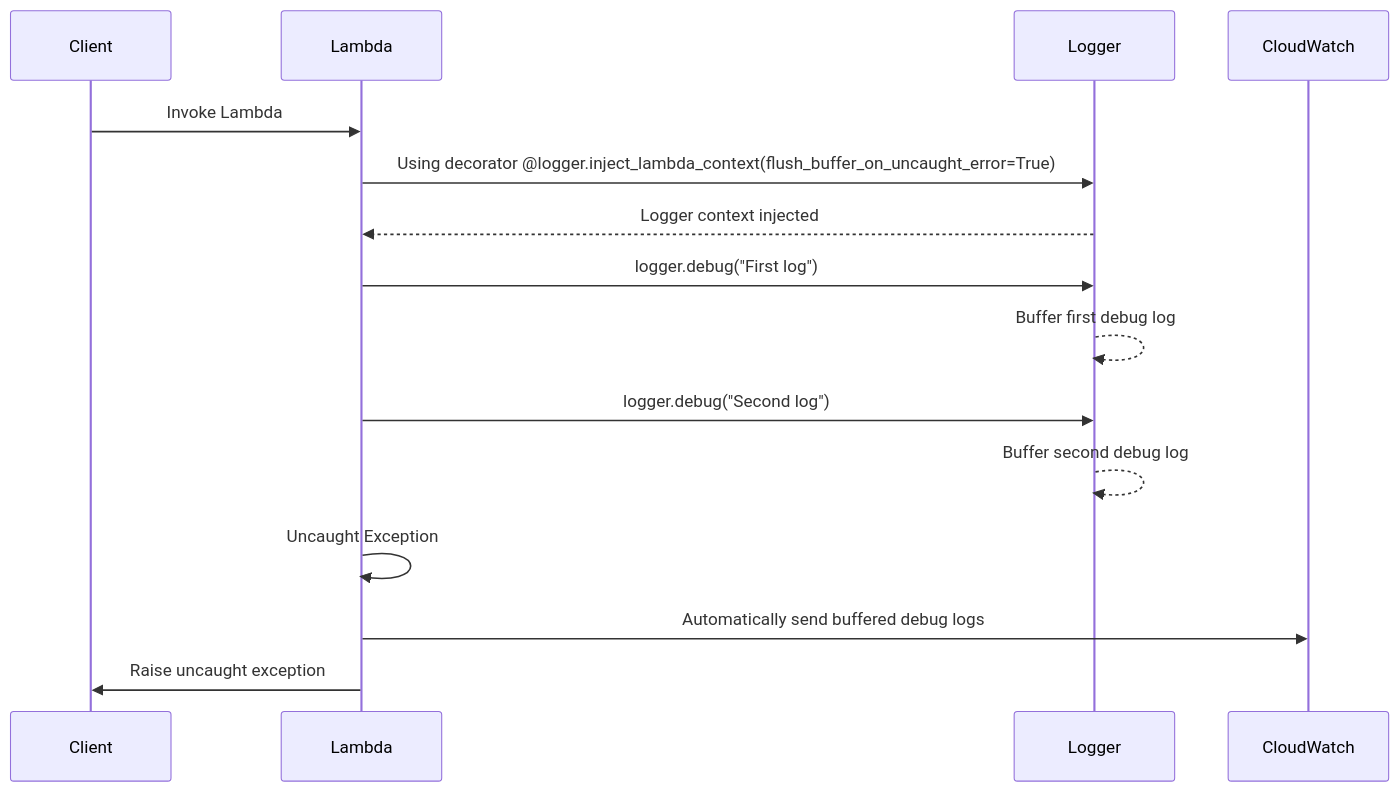
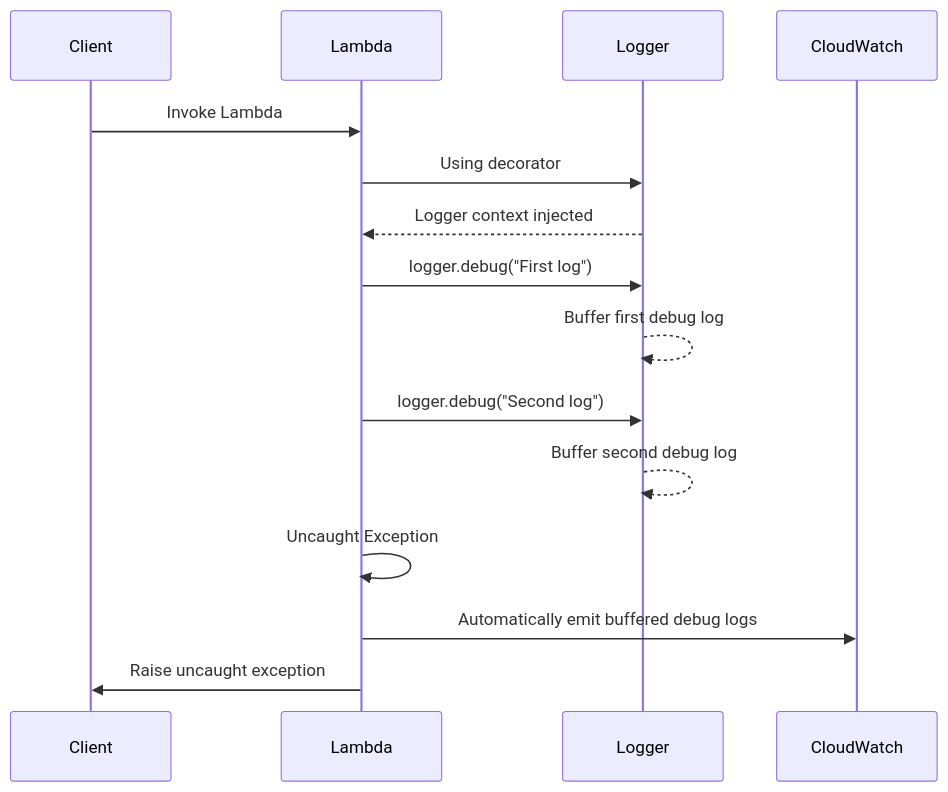
One commit to aws-powertools/powertools-lambda-python changed the fourth of 5 diagrams in docs/core/logger.md. Above: the diagram before and after it, drawn with Mermaid. The commit also changed other lines of this file and 1 other file, not shown here.

````diff
--- a/docs/core/logger.md
+++ b/docs/core/logger.md
@@ -643,17 +645,17 @@
 ```mermaid
 sequenceDiagram
     participant Client
     participant Lambda
     participant Logger
     participant CloudWatch
     Client->>Lambda: Invoke Lambda
-    Lambda->>Logger: Using decorator @logger.inject_lambda_context(flush_buffer_on_uncaught_error=True)
+    Lambda->>Logger: Using decorator
     Logger-->>Lambda: Logger context injected
     Lambda->>Logger: logger.debug("First log")
     Logger-->>Logger: Buffer first debug log
     Lambda->>Logger: logger.debug("Second log")
     Logger-->>Logger: Buffer second debug log
     Lambda->>Lambda: Uncaught Exception
-    Lambda->>CloudWatch: Automatically send buffered debug logs
+    Lambda->>CloudWatch: Automatically emit buffered debug logs
     Lambda->>Client: Raise uncaught exception
 ```
````
